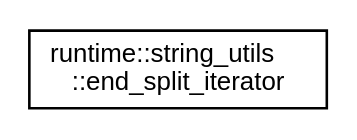
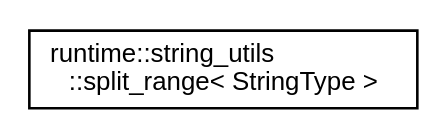
Before and after one commit to edgjj/cpp_vk_lib: the diagram in docs/inherit_graph_2.dot, drawn with Graphviz. The commit also changed 620 other files, not shown here.

```diff
--- a/docs/inherit_graph_2.dot
+++ b/docs/inherit_graph_2.dot
@@ -1,8 +1,8 @@
 digraph "Graphical Class Hierarchy"
 {
  // LATEX_PDF_SIZE
   edge [fontname="Helvetica",fontsize="10",labelfontname="Helvetica",labelfontsize="10"];
   node [fontname="Helvetica",fontsize="10",shape=record];
   rankdir="LR";
-  Node0 [label="runtime::string_utils\l::end_split_iterator",height=0.2,width=0.4,color="black", fillcolor="white", style="filled",URL="$structruntime_1_1string__utils_1_1end__split__iterator.html",tooltip=" "];
+  Node0 [label="runtime::string_utils\l::split_range\< StringType \>",height=0.2,width=0.4,color="black", fillcolor="white", style="filled",URL="$classruntime_1_1string__utils_1_1split__range.html",tooltip=" "];
 }
```
